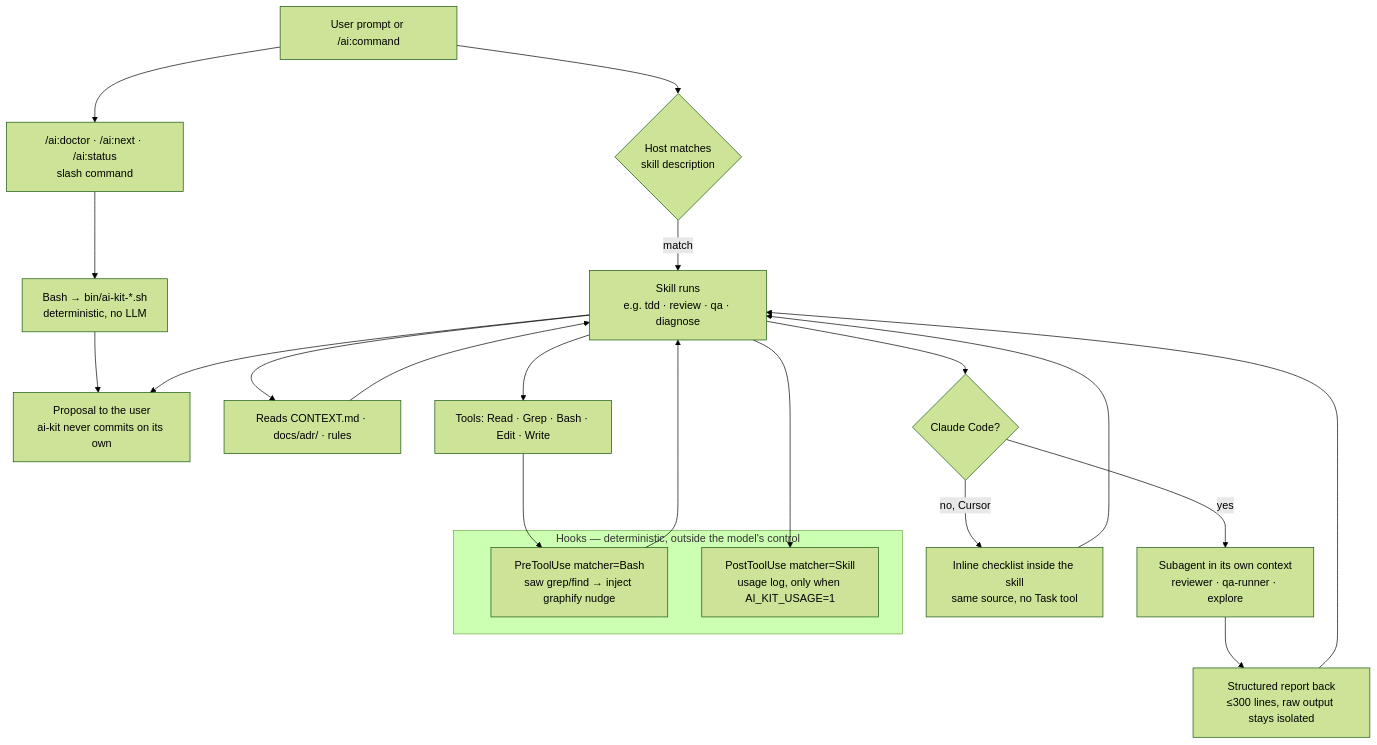
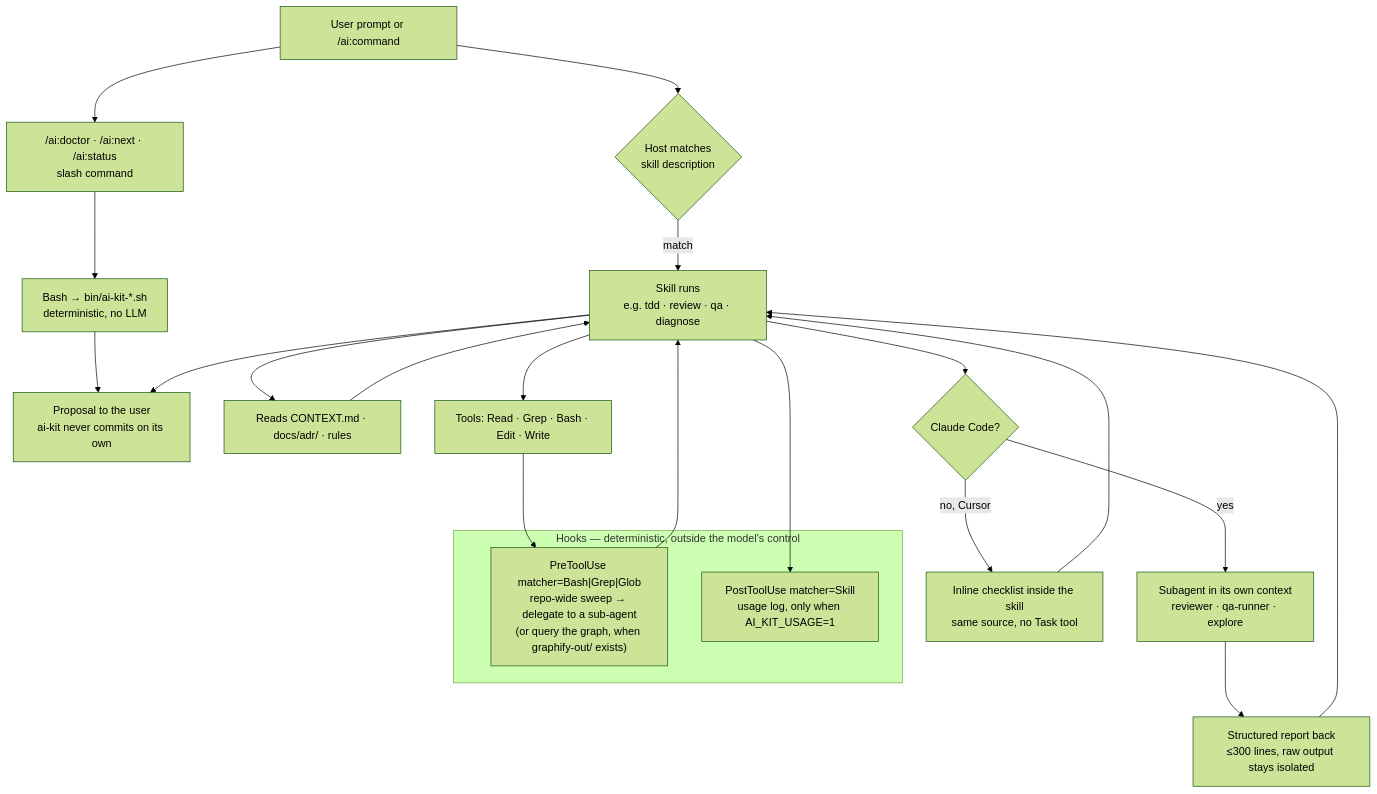
One commit to yusufkaracaburun/ai-kit changed the second of 2 diagrams in docs/diagrams.md. Above: the diagram before and after it, drawn with Mermaid (forest theme). The commit also changed other lines of this file and 31 other files, not shown here.

````diff
--- a/docs/diagrams.md
+++ b/docs/diagrams.md
@@ -78,35 +78,35 @@
 ```mermaid
 flowchart TD
   U["User prompt or /ai:command"]
 
   U --> SEL{"Host matches<br/>skill description"}
   U --> CMD["/ai:doctor · /ai:next · /ai:status<br/>slash command"]
 
   SEL -->|match| SK["Skill runs<br/>e.g. tdd · review · qa · diagnose"]
   CMD --> BIN["Bash → bin/ai-kit-*.sh<br/>deterministic, no LLM"]
   BIN --> OUT
 
   SK --> CTX["Reads CONTEXT.md · docs/adr/ · rules"]
   CTX --> SK
 
   SK --> TOOL["Tools: Read · Grep · Bash · Edit · Write"]
   SK --> DEL{"Claude Code?"}
 
   DEL -->|yes| SUB["Subagent in its own context<br/>reviewer · qa-runner · explore"]
   DEL -->|no, Cursor| INL["Inline checklist inside the skill<br/>same source, no Task tool"]
 
   SUB --> REP["Structured report back<br/>≤300 lines, raw output stays isolated"]
   REP --> SK
   INL --> SK
 
   TOOL --> HK1
   SK --> HK2
 
   subgraph HOOKS["Hooks — deterministic, outside the model's control"]
-    HK1["PreToolUse matcher=Bash<br/>saw grep/find → inject graphify nudge"]
+    HK1["PreToolUse matcher=Bash|Grep|Glob<br/>repo-wide sweep → delegate to a sub-agent<br/>(or query the graph, when graphify-out/ exists)"]
     HK2["PostToolUse matcher=Skill<br/>usage log, only when AI_KIT_USAGE=1"]
   end
 
   HK1 --> SK
   SK --> OUT["Proposal to the user<br/>ai-kit never commits on its own"]
 ```
````
